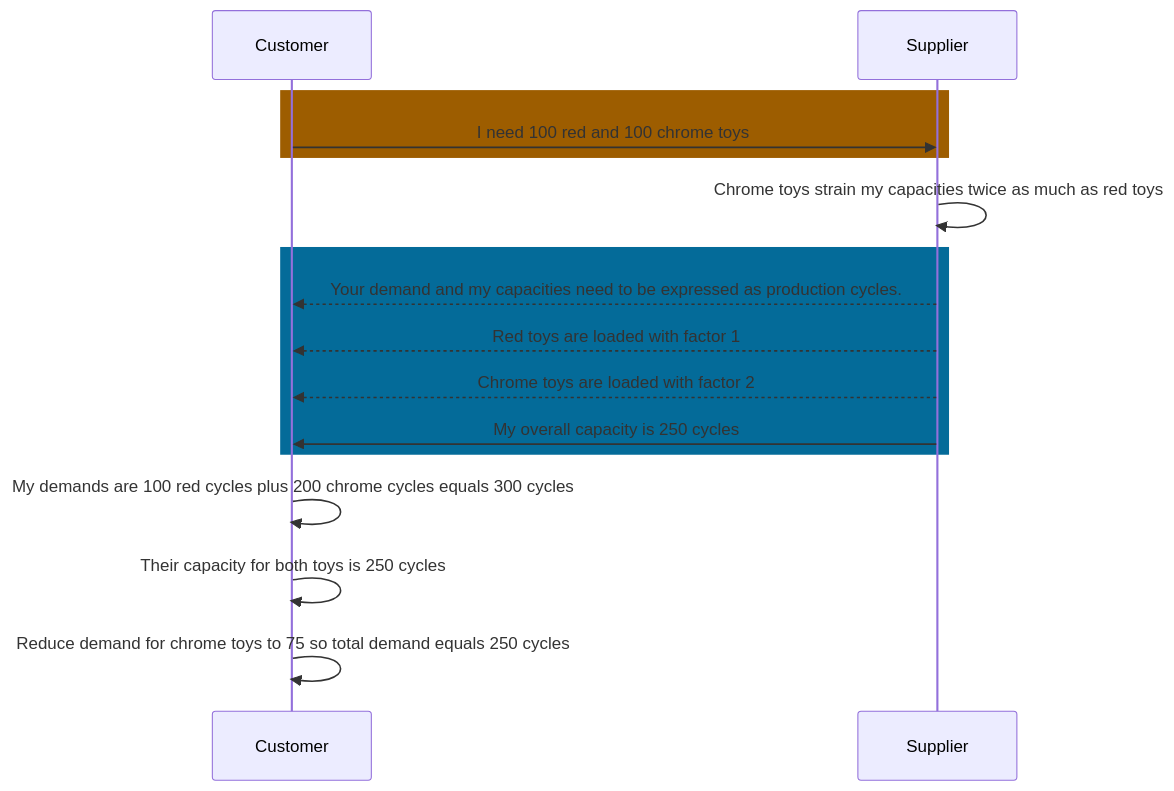
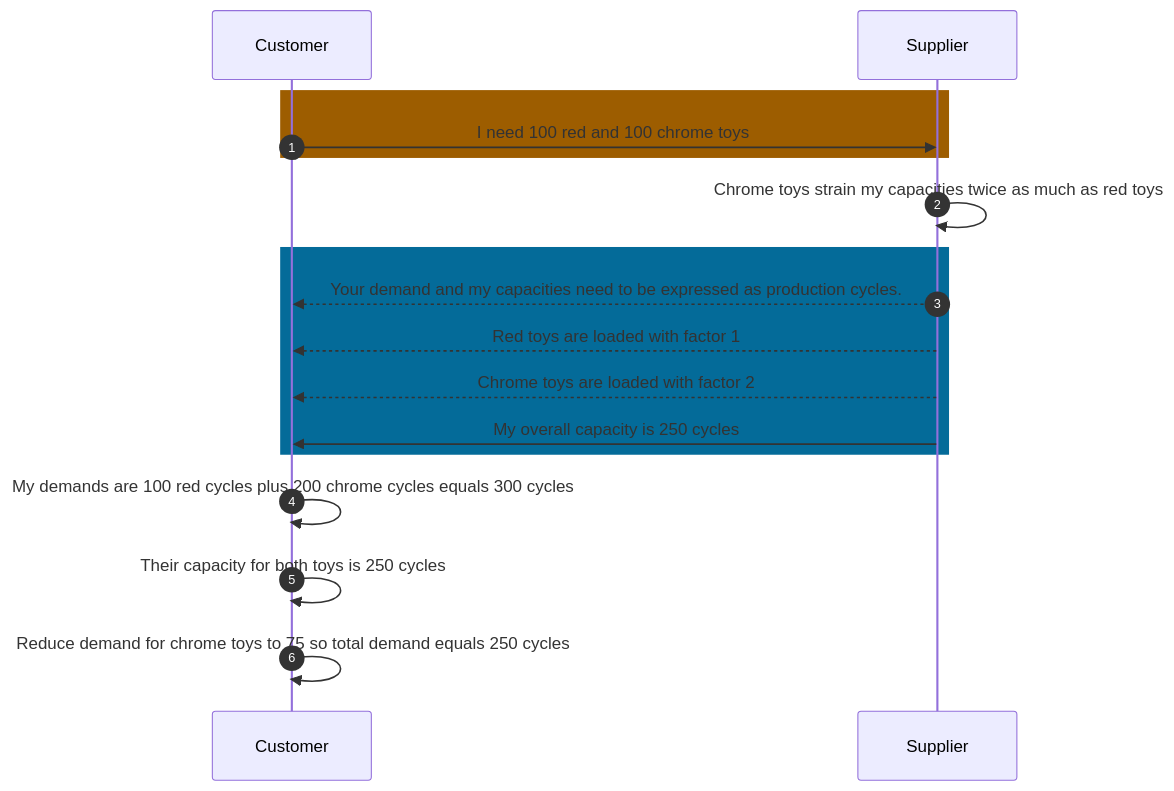
One commit to eclipse-tractusx/eclipse-tractusx.github.io changed the diagram in docs-kits/kits/Demand and Capacity Management Kit/adoption-view/use-case/load-factors.md. Above: the diagram before and after it, drawn with Mermaid. The commit also changed 12 other files, not shown here.

Commit message:
Added numbering to sequence diagrams

````diff
--- a/docs-kits/kits/Demand and Capacity Management Kit/adoption-view/use-case/load-factors.md
+++ b/docs-kits/kits/Demand and Capacity Management Kit/adoption-view/use-case/load-factors.md
@@ -81,18 +81,21 @@
 ```mermaid
 sequenceDiagram
+autonumber
 Participant c as Customer
 Participant s as Supplier
 rect rgb(157,93,00) 
-c->>s: I need 100 red and 100 chrome toys
+    c->>s: I need 100 red and 100 chrome toys
 end
 s->>s: Chrome toys strain my capacities twice as much as red toys
 rect rgb(4,107,153)
-s-->>c: Your demand and my capacities need to be expressed as production cycles.
-s-->>c: Red toys are loaded with factor 1
-s-->>c: Chrome toys are loaded with factor 2
-s->>c: My overall capacity is 250 cycles
+    s-->>c: Your demand and my capacities need to be expressed as production cycles.
+    autonumber off
+    s-->>c: Red toys are loaded with factor 1
+    s-->>c: Chrome toys are loaded with factor 2
+    s->>c: My overall capacity is 250 cycles
 end
+autonumber 4
 c->>c: My demands are 100 red cycles plus 200 chrome cycles equals 300 cycles
 c->>c: Their capacity for both toys is 250 cycles
 c->>c: Reduce demand for chrome toys to 75 so total demand equals 250 cycles
 ```
````
